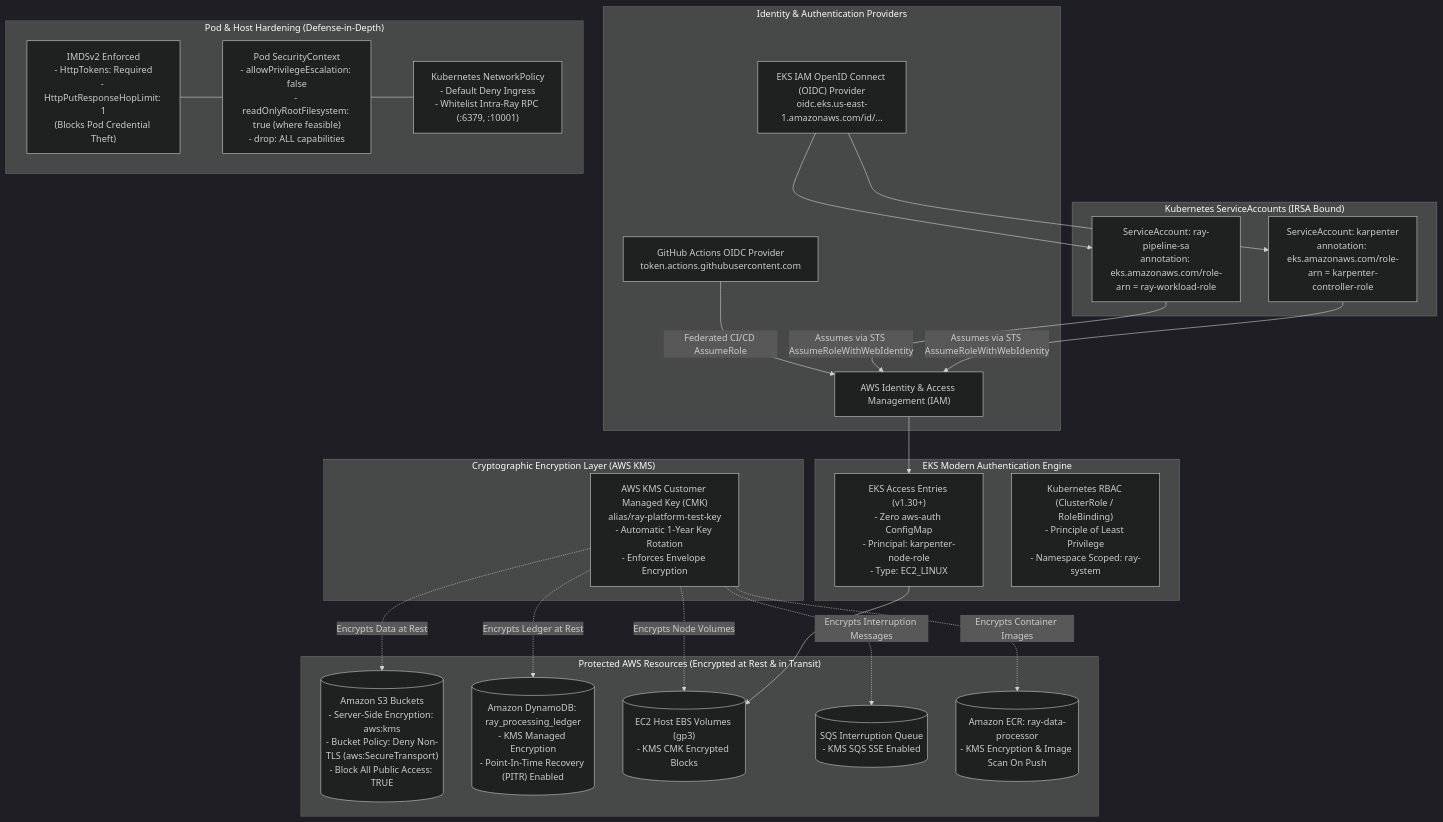
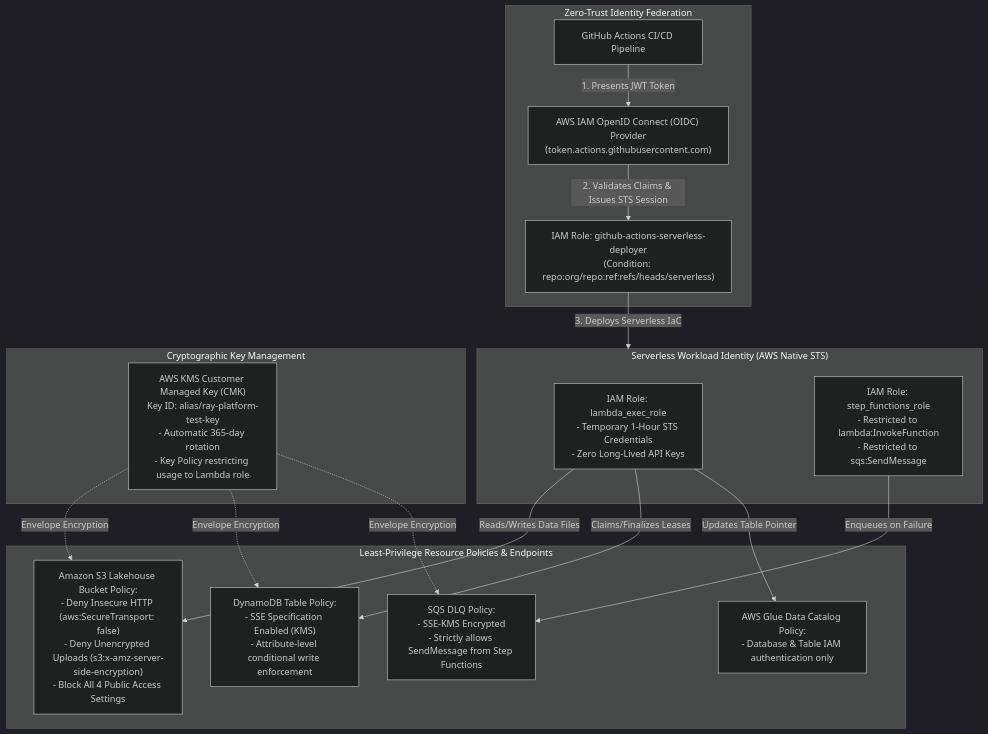
The diagram in ray-ai-platform/docs/mermaid/07-security-identity.md (jashkv/ray-platform), drawn with Mermaid (dark theme) before and after one commit. The commit also changed other lines of this file and 34 other files, not shown here.

Commit message:
docs(serverless): completely align all documentation, diagrams, runbooks, and test configs with the AWS Serverless Platform architecture

````diff
--- a/ray-ai-platform/docs/mermaid/07-security-identity.md
+++ b/ray-ai-platform/docs/mermaid/07-security-identity.md
@@ -9,59 +9,38 @@
 ```mermaid
 flowchart TD
-    %% Zero Trust Security, Workload Identity & Cryptographic Architecture
-    subgraph Identity_Providers["Identity & Authentication Providers"]
-        AWS_IAM["AWS Identity & Access Management (IAM)"]
-        OIDC_EKS["EKS IAM OpenID Connect (OIDC) Provider\noidc.eks.us-east-1.amazonaws.com/id/..."]
-        GHA_OIDC["GitHub Actions OIDC Provider\ntoken.actions.githubusercontent.com"]
+    %% Serverless Zero-Trust Security, Identity & Cryptographic Architecture
+    subgraph IdentityFederation["Zero-Trust Identity Federation"]
+        GHA["GitHub Actions CI/CD Pipeline"]
+        AWS_OIDC["AWS IAM OpenID Connect (OIDC) Provider\n(token.actions.githubusercontent.com)"]
+        DEPLOY_ROLE["IAM Role: github-actions-serverless-deployer\n(Condition: repo:org/repo:ref:refs/heads/serverless)"]
     end
 
-    subgraph EKS_Auth["EKS Modern Authentication Engine"]
-        ACCESS_ENTRY["EKS Access Entries (v1.30+)\n- Zero aws-auth ConfigMap\n- Principal: karpenter-node-role\n- Type: EC2_LINUX"]
-        K8S_RBAC["Kubernetes RBAC (ClusterRole / RoleBinding)\n- Principle of Least Privilege\n- Namespace Scoped: ray-system"]
+    subgraph RuntimeWorkloadIdentity["Serverless Workload Identity (AWS Native STS)"]
+        LAMBDA_EXEC_ROLE["IAM Role: lambda_exec_role\n- Temporary 1-Hour STS Credentials\n- Zero Long-Lived API Keys"]
+        SFN_ROLE["IAM Role: step_functions_role\n- Restricted to lambda:InvokeFunction\n- Restricted to sqs:SendMessage"]
     end
 
-    subgraph ServiceAccounts["Kubernetes ServiceAccounts (IRSA Bound)"]
-        SA_RAY["ServiceAccount: ray-pipeline-sa\nannotation: eks.amazonaws.com/role-arn = ray-workload-role"]
-        SA_KARP["ServiceAccount: karpenter\nannotation: eks.amazonaws.com/role-arn = karpenter-controller-role"]
+    subgraph CryptographicFoundations["Cryptographic Key Management"]
+        KMS_CMK["AWS KMS Customer Managed Key (CMK)\nKey ID: alias/ray-platform-test-key\n- Automatic 365-day rotation\n- Key Policy restricting usage to Lambda role"]
     end
 
-    subgraph Cryptographic_Foundation["Cryptographic Encryption Layer (AWS KMS)"]
-        KMS_CMK["AWS KMS Customer Managed Key (CMK)\nalias/ray-platform-test-key\n- Automatic 1-Year Key Rotation\n- Enforces Envelope Encryption"]
+    subgraph ResourcePolicies["Least-Privilege Resource Policies & Endpoints"]
+        S3_POLICY["Amazon S3 Lakehouse Bucket Policy:\n- Deny Insecure HTTP (aws:SecureTransport: false)\n- Deny Unencrypted Uploads (s3:x-amz-server-side-encryption)\n- Block All 4 Public Access Settings"]
+        DDB_POLICY["DynamoDB Table Policy:\n- SSE Specification Enabled (KMS)\n- Attribute-level conditional write enforcement"]
+        GLUE_POLICY["AWS Glue Data Catalog Policy:\n- Database & Table IAM authentication only"]
+        SQS_POLICY["SQS DLQ Policy:\n- SSE-KMS Encrypted\n- Strictly allows SendMessage from Step Functions"]
     end
 
-    subgraph AWS_Resources["Protected AWS Resources (Encrypted at Rest & in Transit)"]
-        S3_DATA[("Amazon S3 Buckets\n- Server-Side Encryption: aws:kms\n- Bucket Policy: Deny Non-TLS (aws:SecureTransport)\n- Block All Public Access: TRUE")]
-        DDB[("Amazon DynamoDB: ray_processing_ledger\n- KMS Managed Encryption\n- Point-In-Time Recovery (PITR) Enabled")]
-        EBS[("EC2 Host EBS Volumes (gp3)\n- KMS CMK Encrypted Blocks")]
-        SQS_INT[("SQS Interruption Queue\n- KMS SQS SSE Enabled")]
-        ECR_REG[("Amazon ECR: ray-data-processor\n- KMS Encryption & Image Scan On Push")]
-    end
+    GHA -->|1. Presents JWT Token| AWS_OIDC
+    AWS_OIDC -->|2. Validates Claims & Issues STS Session| DEPLOY_ROLE
+    DEPLOY_ROLE -->|3. Deploys Serverless IaC| RuntimeWorkloadIdentity
 
-    subgraph Pod_Runtime_Security["Pod & Host Hardening (Defense-in-Depth)"]
-        IMDSV2["IMDSv2 Enforced\n- HttpTokens: Required\n- HttpPutResponseHopLimit: 1\n(Blocks Pod Credential Theft)"]
-        SEC_CTX["Pod SecurityContext\n- allowPrivilegeEscalation: false\n- readOnlyRootFilesystem: true (where feasible)\n- drop: ALL capabilities"]
-        NET_POL["Kubernetes NetworkPolicy\n- Default Deny Ingress\n- Whitelist Intra-Ray RPC (:6379, :10001)"]
-    end
+    LAMBDA_EXEC_ROLE -->|Reads/Writes Data Files| S3_POLICY
+    LAMBDA_EXEC_ROLE -->|Claims/Finalizes Leases| DDB_POLICY
+    LAMBDA_EXEC_ROLE -->|Updates Table Pointer| GLUE_POLICY
+    SFN_ROLE -->|Enqueues on Failure| SQS_POLICY
 
-    %% Identity Federation
-    OIDC_EKS --> SA_RAY
-    OIDC_EKS --> SA_KARP
-    GHA_OIDC -->|"Federated CI/CD AssumeRole"| AWS_IAM
-    AWS_IAM --> ACCESS_ENTRY
-
-    %% Role Bounds
-    SA_RAY -->|"Assumes via STS AssumeRoleWithWebIdentity"| AWS_IAM
-    SA_KARP -->|"Assumes via STS AssumeRoleWithWebIdentity"| AWS_IAM
-
-    %% Cryptographic Ties
-    KMS_CMK -.->|"Encrypts Data at Rest"| S3_DATA
-    KMS_CMK -.->|"Encrypts Ledger at Rest"| DDB
-    KMS_CMK -.->|"Encrypts Node Volumes"| EBS
-    KMS_CMK -.->|"Encrypts Interruption Messages"| SQS_INT
-    KMS_CMK -.->|"Encrypts Container Images"| ECR_REG
-
-    %% Node Hardening
-    ACCESS_ENTRY --> EBS
-    IMDSV2 --- SEC_CTX
-    SEC_CTX --- NET_POL
+    KMS_CMK -.->|Envelope Encryption| S3_POLICY
+    KMS_CMK -.->|Envelope Encryption| DDB_POLICY
+    KMS_CMK -.->|Envelope Encryption| SQS_POLICY
 ```
````
